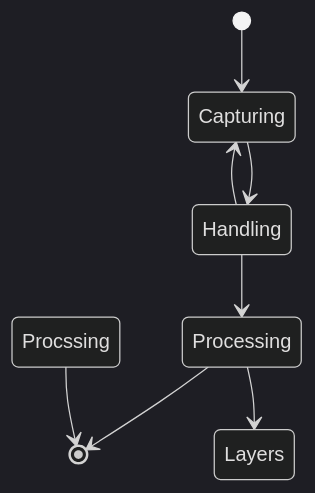
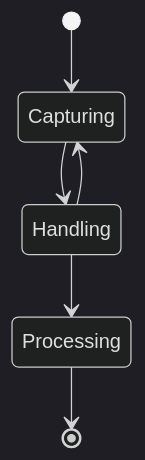
One commit to polarby/render changed the second of 2 diagrams in README.md. Above: the diagram before and after it, drawn with Mermaid (dark theme). The commit also changed other lines of this file and 20 other files, not shown here.

````diff
--- a/README.md
+++ b/README.md
@@ -161,10 +416,8 @@
 ```mermaid
 stateDiagram
     [*] --> Capturing
     Capturing --> Handling 
     Handling --> Capturing 
     Handling --> Processing
     Processing --> [*]
-    Processing --> Layers Procssing
-    Layers Procssing --> [*]
 ```
````
